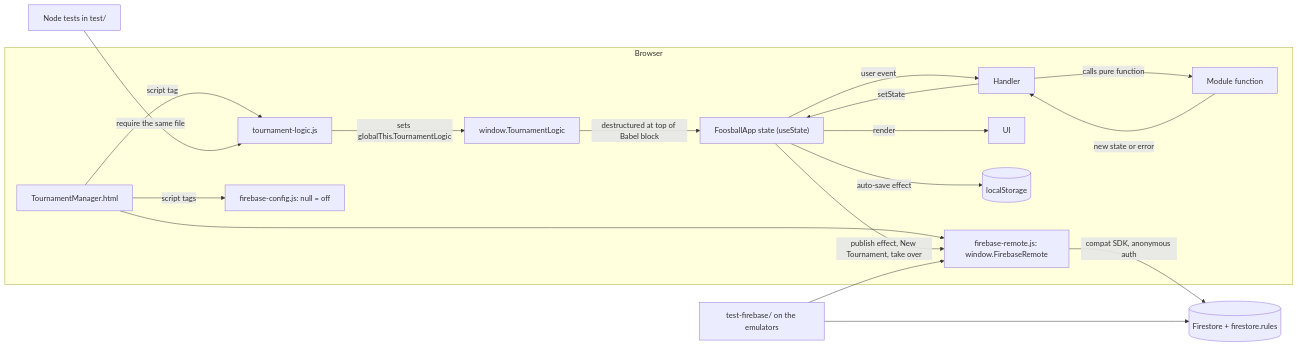
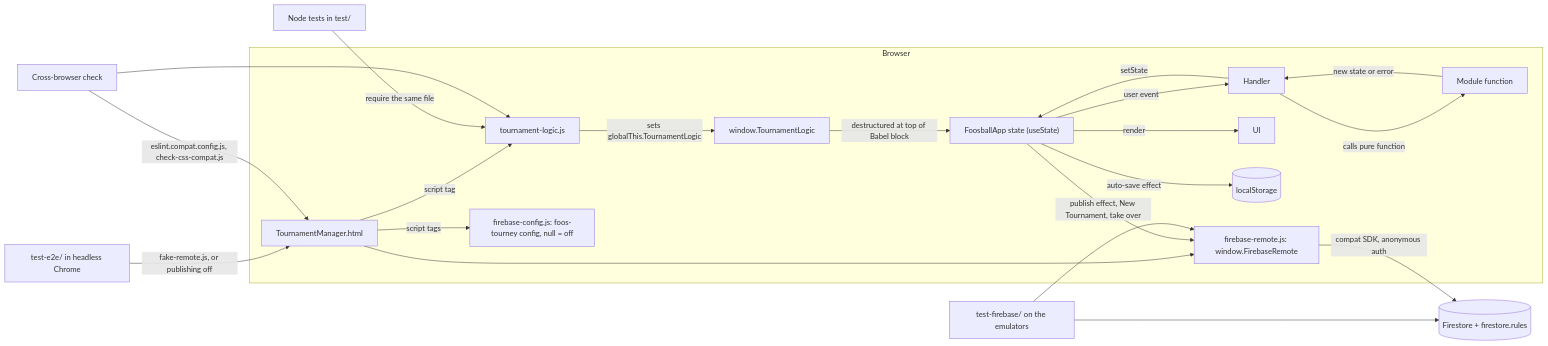
One commit to DT209/foos-tourney changed the first of 12 diagrams in .claude/Flow.md. Above: the diagram before and after it, drawn with Mermaid. The commit also changed other lines of this file and 2 other files, not shown here.

First line of the commit message:
Docs: bring README, CLAUDE.md, Flow.md and diagrams up to date

````diff
--- a/.claude/Flow.md
+++ b/.claude/Flow.md
@@ -8,21 +8,24 @@
 ```mermaid
 flowchart LR
     subgraph Browser
         H["TournamentManager.html"] -->|"script tag"| M["tournament-logic.js"]
         M -->|"sets globalThis.TournamentLogic"| G["window.TournamentLogic"]
         G -->|"destructured at top of Babel block"| A["FoosballApp state (useState)"]
         A -->|"user event"| HD["Handler"]
         HD -->|"calls pure function"| F["Module function"]
         F -->|"new state or error"| HD
         HD -->|"setState"| A
         A -->|"render"| UI["UI"]
         A -->|"auto-save effect"| LS[("localStorage")]
-        H -->|"script tags"| CFG["firebase-config.js: null = off"]
+        H -->|"script tags"| CFG["firebase-config.js: foos-tourney config, null = off"]
         H --> R["firebase-remote.js: window.FirebaseRemote"]
         A -->|"publish effect, New Tournament, take over"| R
     end
     R -->|"compat SDK, anonymous auth"| FS[("Firestore + firestore.rules")]
     T["Node tests in test/"] -->|"require the same file"| M
     TF["test-firebase/ on the emulators"] --> R
     TF --> FS
+    TE["test-e2e/ in headless Chrome"] -->|"fake-remote.js, or publishing off"| H
+    CB["Cross-browser check"] -->|"eslint.compat.config.js, check-css-compat.js"| H
+    CB --> M
 ```
````
